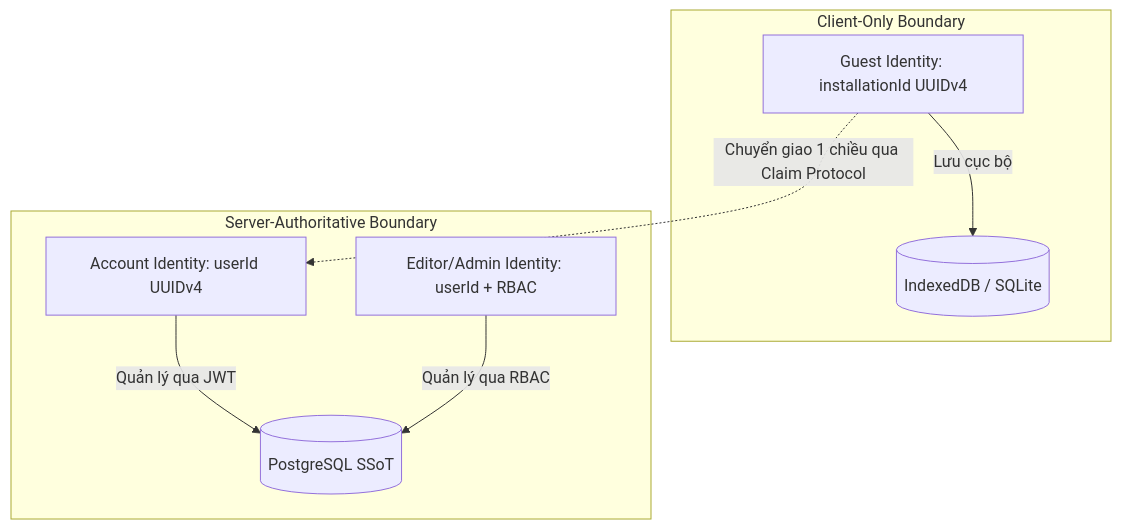
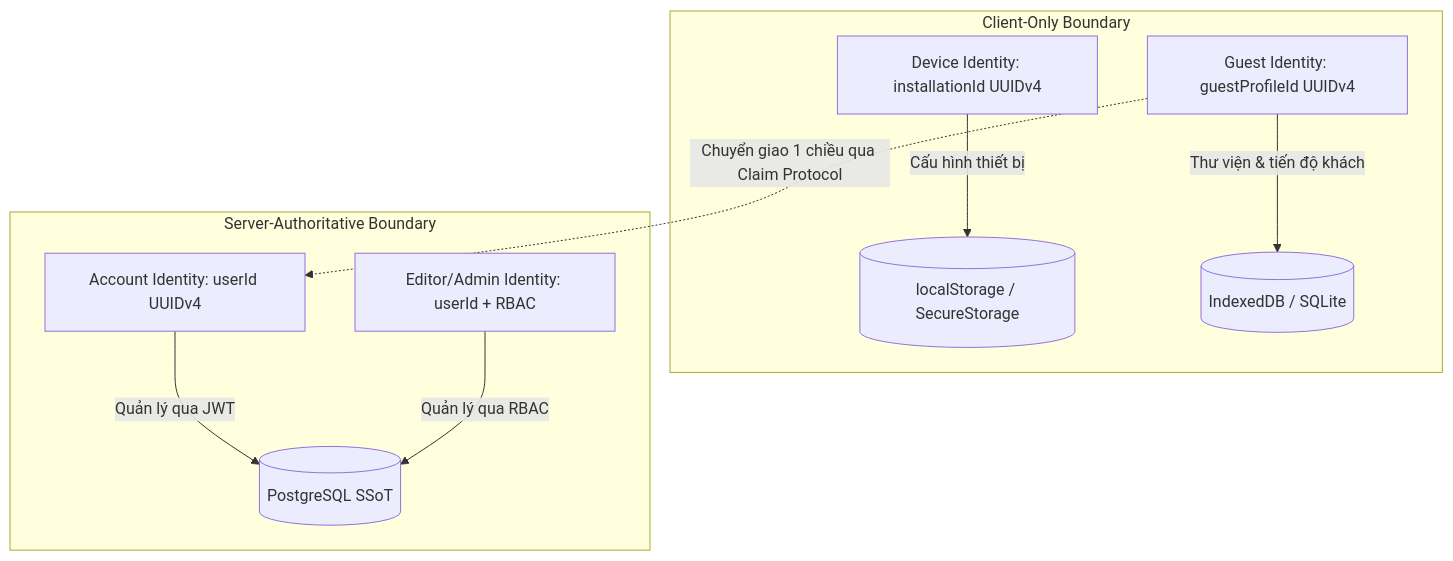
One commit to HIepNgoc2006/OmniNovel changed the first of 2 diagrams in plans/product/identity_and_ownership_model.md. Above: the diagram before and after it, drawn with Mermaid. The commit also changed other lines of this file and 4 other files, not shown here.

````diff
--- a/plans/product/identity_and_ownership_model.md
+++ b/plans/product/identity_and_ownership_model.md
@@ -12,13 +12,14 @@
 ```mermaid
 graph TD
     subgraph Client-Only Boundary
-        G[Guest Identity: installationId UUIDv4] -->|Lưu cục bộ| LDB[(IndexedDB / SQLite)]
+        D[Device Identity: installationId UUIDv4] -->|Cấu hình thiết bị| LDB_DEV[(localStorage / SecureStorage)]
+        G[Guest Identity: guestProfileId UUIDv4] -->|Thư viện & tiến độ khách| LDB[(IndexedDB / SQLite)]
     end
 
     subgraph Server-Authoritative Boundary
         A[Account Identity: userId UUIDv4] -->|Quản lý qua JWT| PG[(PostgreSQL SSoT)]
         E[Editor/Admin Identity: userId + RBAC] -->|Quản lý qua RBAC| PG
     end
 
     G -.->|Chuyển giao 1 chiều qua Claim Protocol| A
 ```
````
